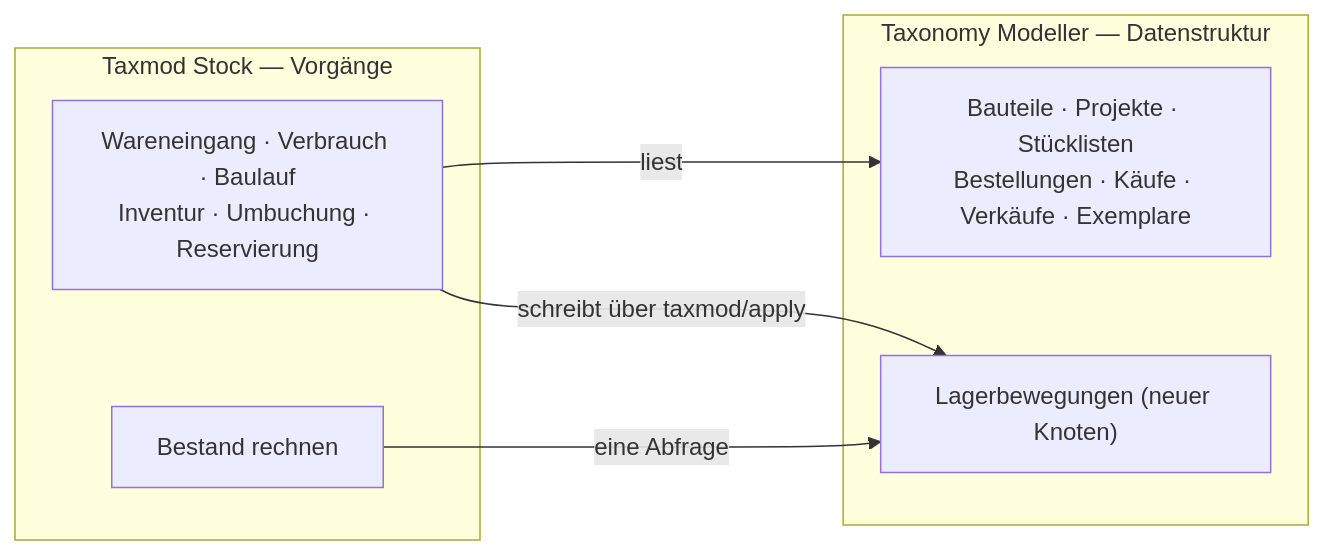
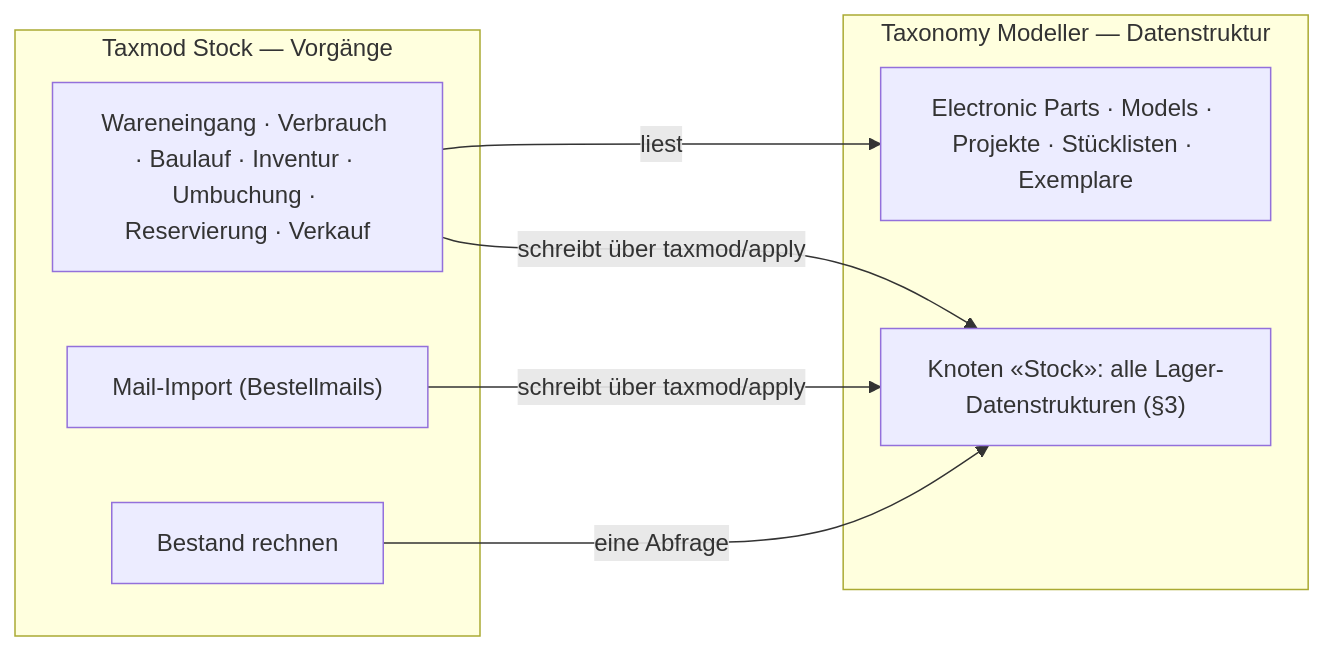
The first of 4 diagrams in docs/pakete/lager/konzept.md (sfambach/wp-taxonomy-modeler), drawn with Mermaid before and after one commit. The commit also changed other lines of this file, not shown here.

First line of the commit message:
Stock concept: data structures under a Stock node, single items for resale, mail import, cleanup list, sample data

````diff
--- a/docs/pakete/lager/konzept.md
+++ b/docs/pakete/lager/konzept.md
@@ -14,14 +25,16 @@
 ```mermaid
 flowchart LR
   subgraph M["Taxonomy Modeller — Datenstruktur"]
-    T["Bauteile · Projekte · Stücklisten<br/>Bestellungen · Käufe · Verkäufe · Exemplare"]
-    B["Lagerbewegungen (neuer Knoten)"]
+    T["Electronic Parts · Models · Projekte · Stücklisten · Exemplare"]
+    ST["Knoten «Stock»: alle Lager-Datenstrukturen (§3)"]
   end
   subgraph S["Taxmod Stock — Vorgänge"]
-    P["Wareneingang · Verbrauch · Baulauf<br/>Inventur · Umbuchung · Reservierung"]
+    P["Wareneingang · Verbrauch · Baulauf · Inventur · Umbuchung · Reservierung · Verkauf"]
     R["Bestand rechnen"]
+    MI["Mail-Import (Bestellmails)"]
   end
   P -->|liest| T
-  P -->|schreibt über taxmod/apply| B
-  R -->|eine Abfrage| B
+  P -->|schreibt über taxmod/apply| ST
+  MI -->|schreibt über taxmod/apply| ST
+  R -->|eine Abfrage| ST
 ```
````
